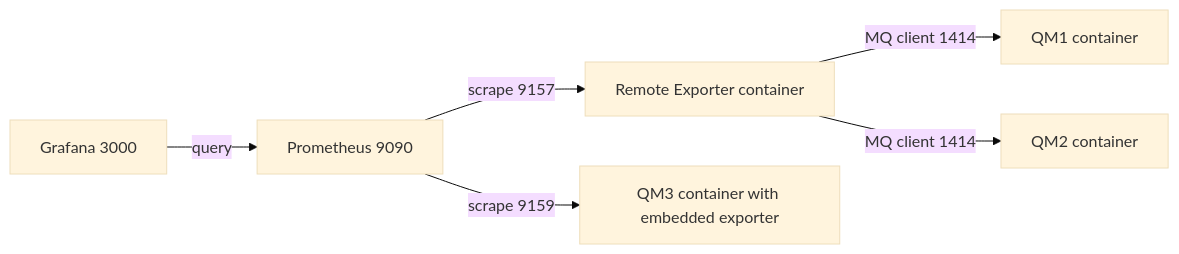
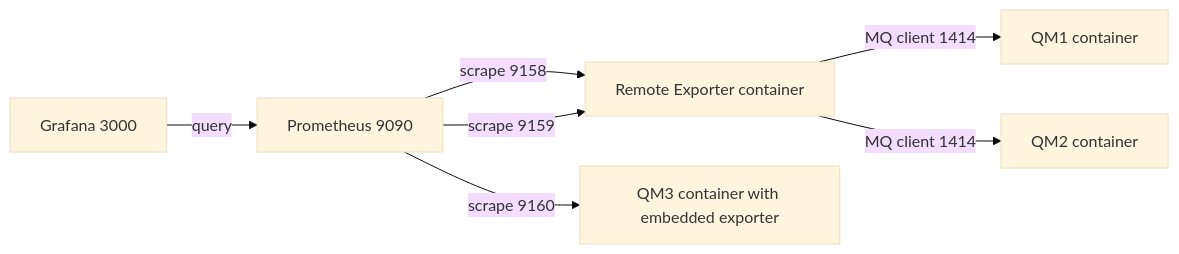
The diagram in README.md (aztekmq/ibmmq_metrics_exporter), drawn with Mermaid (base theme) before and after one commit. The commit also changed other lines of this file and 6 other files, not shown here.

````diff
--- a/README.md
+++ b/README.md
@@ -38,16 +38,17 @@
 ```mermaid
 flowchart LR
   G[Grafana 3000]
     P[Prometheus 9090]
     E[Remote Exporter container]
     Q1[QM1 container]
     Q2[QM2 container]
     Q3[QM3 container with embedded exporter]
 
   G -->|query| P
-    P -->|scrape 9157| E
-    P -->|scrape 9159| Q3
+    P -->|scrape 9158| E
+    P -->|scrape 9159| E
+    P -->|scrape 9160| Q3
 
     E -->|MQ client 1414| Q1
     E -->|MQ client 1414| Q2
 ```
````
